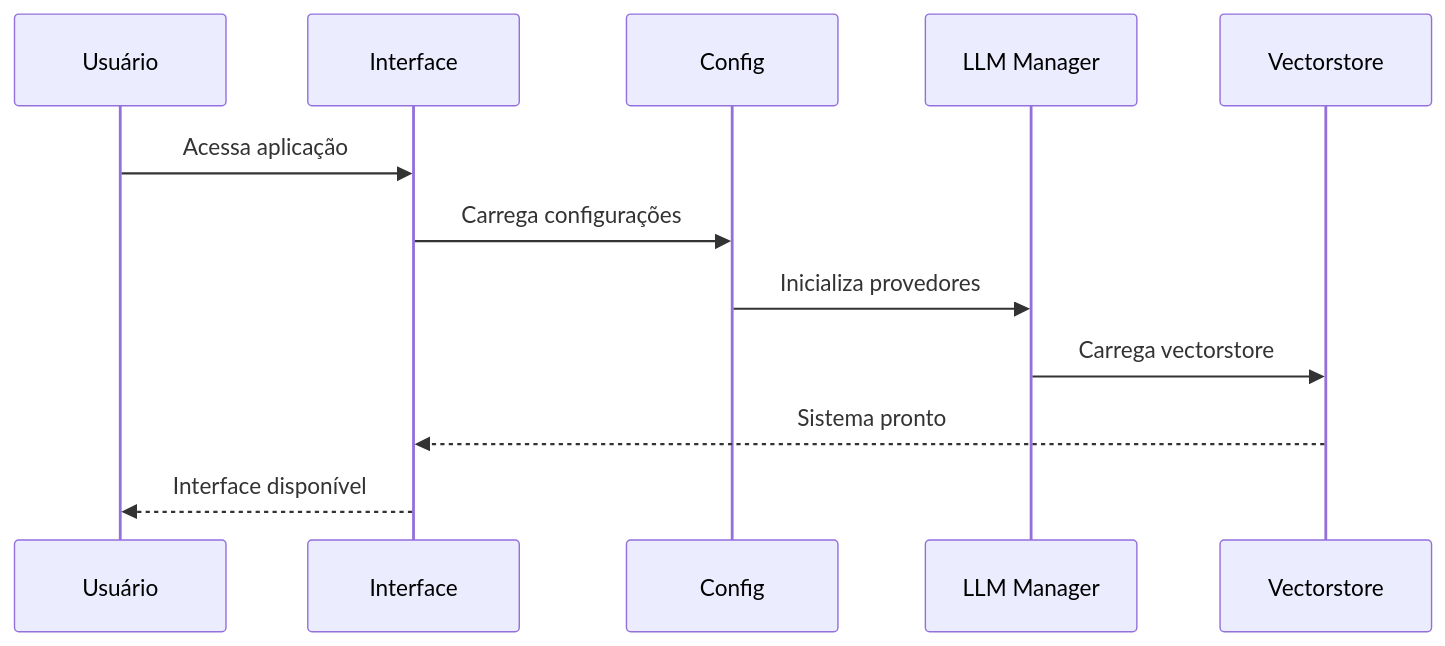
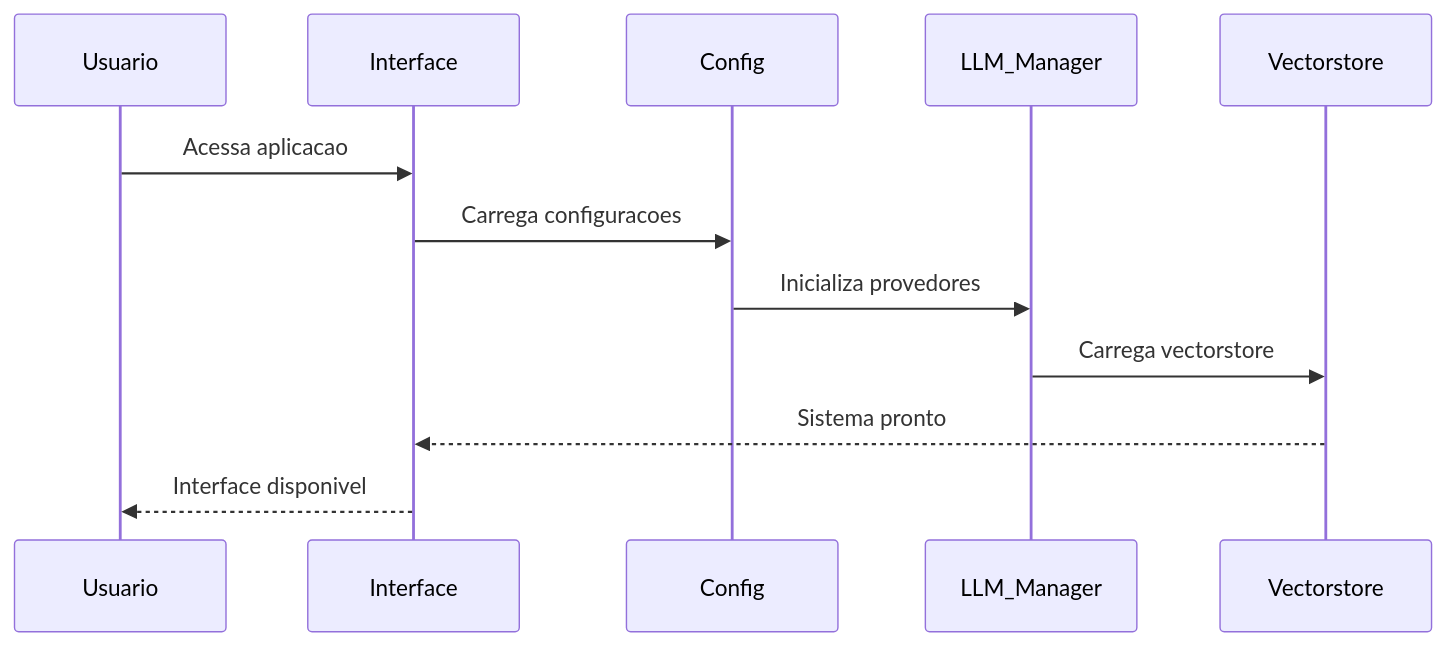
One commit to romulobrito/RAG-ANTT changed the second of 5 diagrams in README.md. Above: the diagram before and after it, drawn with Mermaid. The commit also changed other lines of this file, not shown here.

Commit message:
Corrigir diagramas Mermaid no README.md - Remover caracteres especiais e padronizar sintaxe para melhor compatibilidade

````diff
--- a/README.md
+++ b/README.md
@@ -165,15 +165,15 @@
 ```mermaid
 sequenceDiagram
-    participant U as Usuário
+    participant U as Usuario
     participant UI as Interface
     participant C as Config
-    participant LLM as LLM Manager
+    participant LLM as LLM_Manager
     participant V as Vectorstore
     
-    U->>UI: Acessa aplicação
-    UI->>C: Carrega configurações
+    U->>UI: Acessa aplicacao
+    UI->>C: Carrega configuracoes
     C->>LLM: Inicializa provedores
     LLM->>V: Carrega vectorstore
     V-->>UI: Sistema pronto
-    UI-->>U: Interface disponível
+    UI-->>U: Interface disponivel
 ```
````
